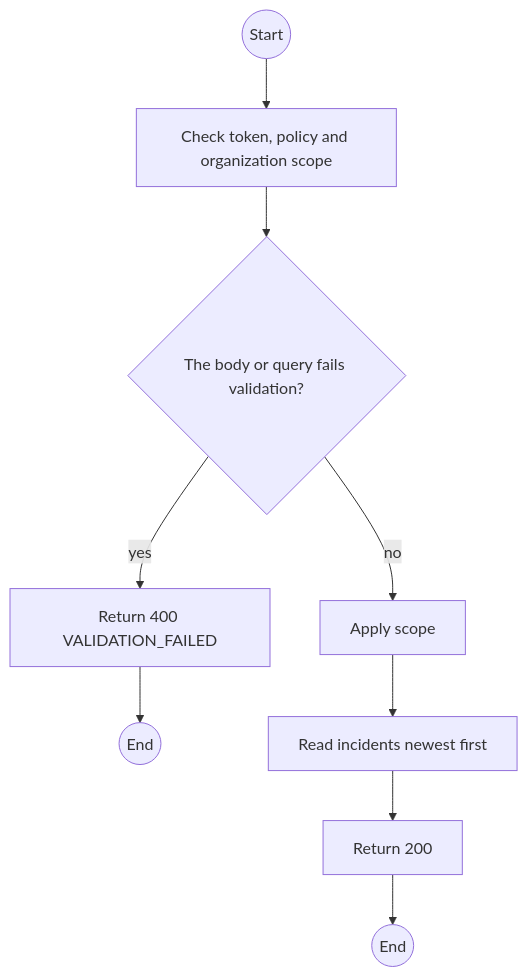
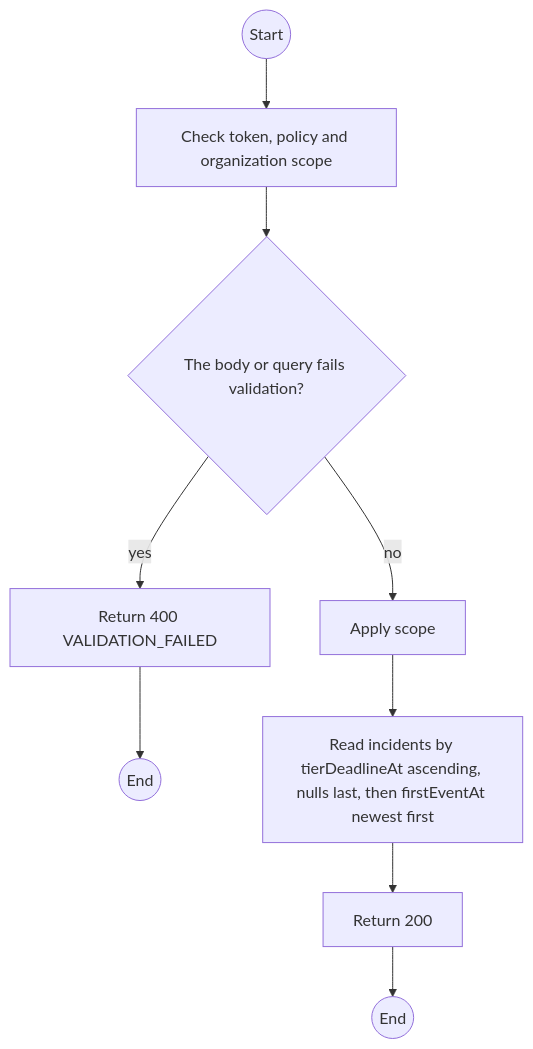
Before and after one commit to TrekLink-Team/treklink-web: the first of 2 diagrams in specs/incidents/api-design/01-get-incidents.md, drawn with Mermaid. The commit also changed other lines of this file and 18 other files, not shown here.

````diff
--- a/specs/incidents/api-design/01-get-incidents.md
+++ b/specs/incidents/api-design/01-get-incidents.md
@@ -147,18 +147,18 @@
 ```mermaid
 flowchart TB
     S((Start))
     A0["Check token, policy and organization scope"]
     S --> A0
     D1{"The body or query fails validation?"}
     A0 --> D1
     E1["Return 400 VALIDATION_FAILED"]
     D1 -->|yes| E1
     E1 --> X1((End))
     P0["Apply scope"]
     D1 -->|no| P0
-    P1["Read incidents newest first"]
+    P1["Read incidents by tierDeadlineAt ascending, nulls last, then firstEventAt newest first"]
     P0 --> P1
     OK["Return 200"]
     P1 --> OK
     OK --> Z((End))
 ```
````
